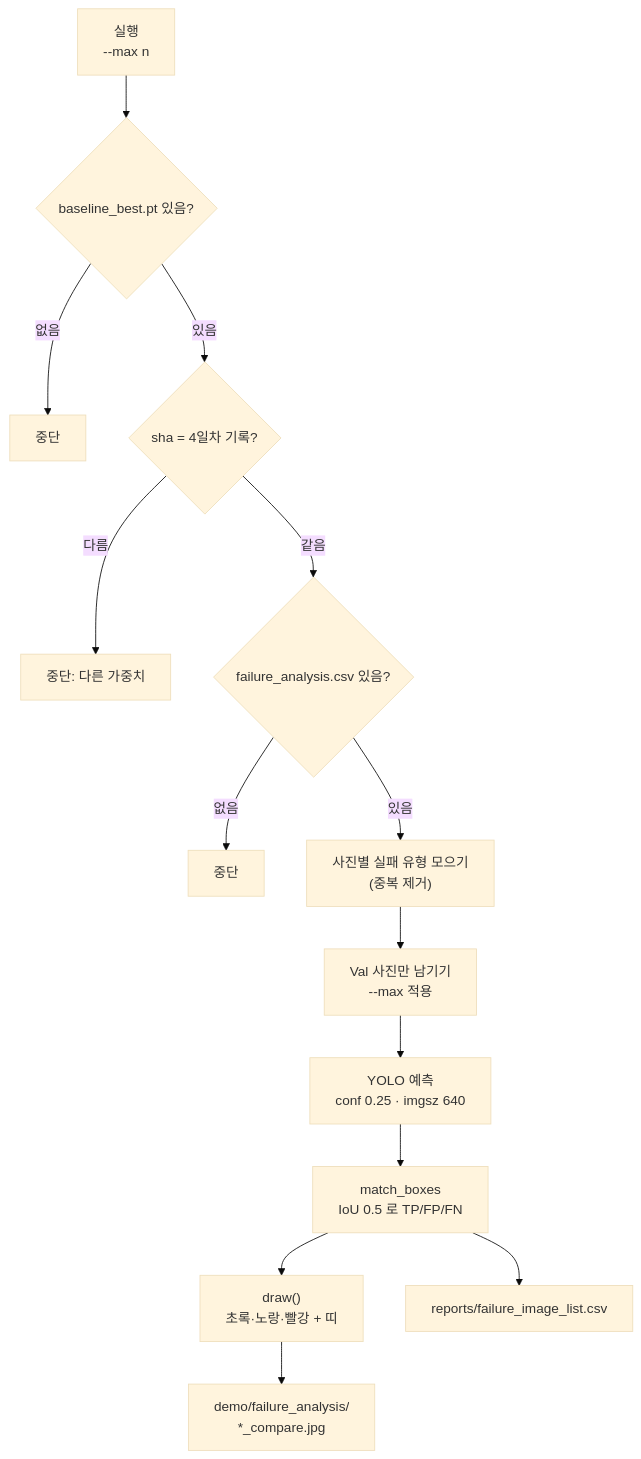
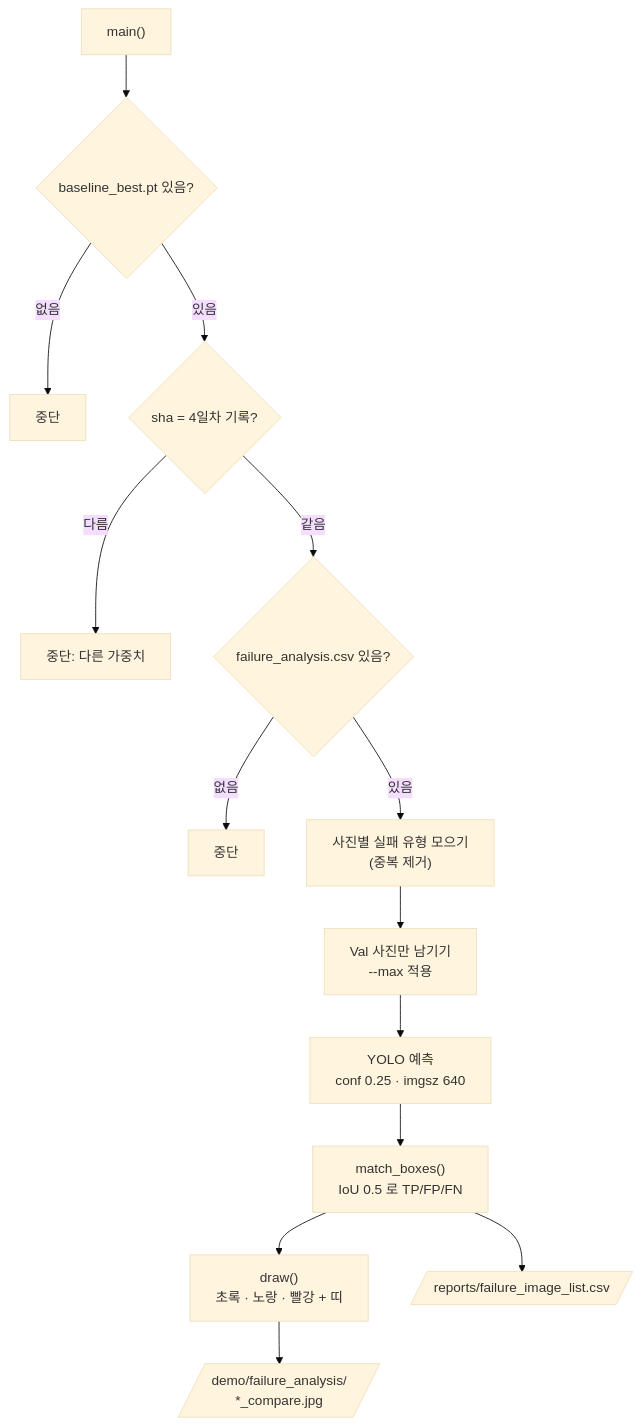
Before and after one commit to howolcat/prj2026.10: the diagram in prj08/docs/code_review/scripts/09b_failure_images.md, drawn with Mermaid (base theme). The commit also changed other lines of this file and 8 other files, not shown here.

````diff
--- a/prj08/docs/code_review/scripts/09b_failure_images.md
+++ b/prj08/docs/code_review/scripts/09b_failure_images.md
@@ -61,16 +55,16 @@
 ```mermaid
 flowchart TD
-    A["실행<br/>--max n"] --> B{"baseline_best.pt 있음?"}
-    B -- 없음 --> X1["중단"]
-    B -- 있음 --> C{"sha = 4일차 기록?"}
-    C -- 다름 --> X2["중단: 다른 가중치"]
-    C -- 같음 --> D{"failure_analysis.csv 있음?"}
-    D -- 없음 --> X3["중단"]
-    D -- 있음 --> E["사진별 실패 유형 모으기<br/>(중복 제거)"]
+    A["main()"] --> B{"baseline_best.pt 있음?"}
+    B -->|없음| X1["중단"]
+    B -->|있음| C{"sha = 4일차 기록?"}
+    C -->|다름| X2["중단: 다른 가중치"]
+    C -->|같음| D{"failure_analysis.csv 있음?"}
+    D -->|없음| X3["중단"]
+    D -->|있음| E["사진별 실패 유형 모으기<br/>(중복 제거)"]
     E --> F["Val 사진만 남기기<br/>--max 적용"]
     F --> G["YOLO 예측<br/>conf 0.25 · imgsz 640"]
-    G --> H["match_boxes<br/>IoU 0.5 로 TP/FP/FN"]
-    H --> I["draw()<br/>초록·노랑·빨강 + 띠"]
-    I --> J["demo/failure_analysis/<br/>*_compare.jpg"]
-    H --> K["reports/failure_image_list.csv"]
+    G --> H["match_boxes()<br/>IoU 0.5 로 TP/FP/FN"]
+    H --> I["draw()<br/>초록 · 노랑 · 빨강 + 띠"]
+    I --> J[/"demo/failure_analysis/<br/>*_compare.jpg"/]
+    H --> K[/"reports/failure_image_list.csv"/]
 ```
````
